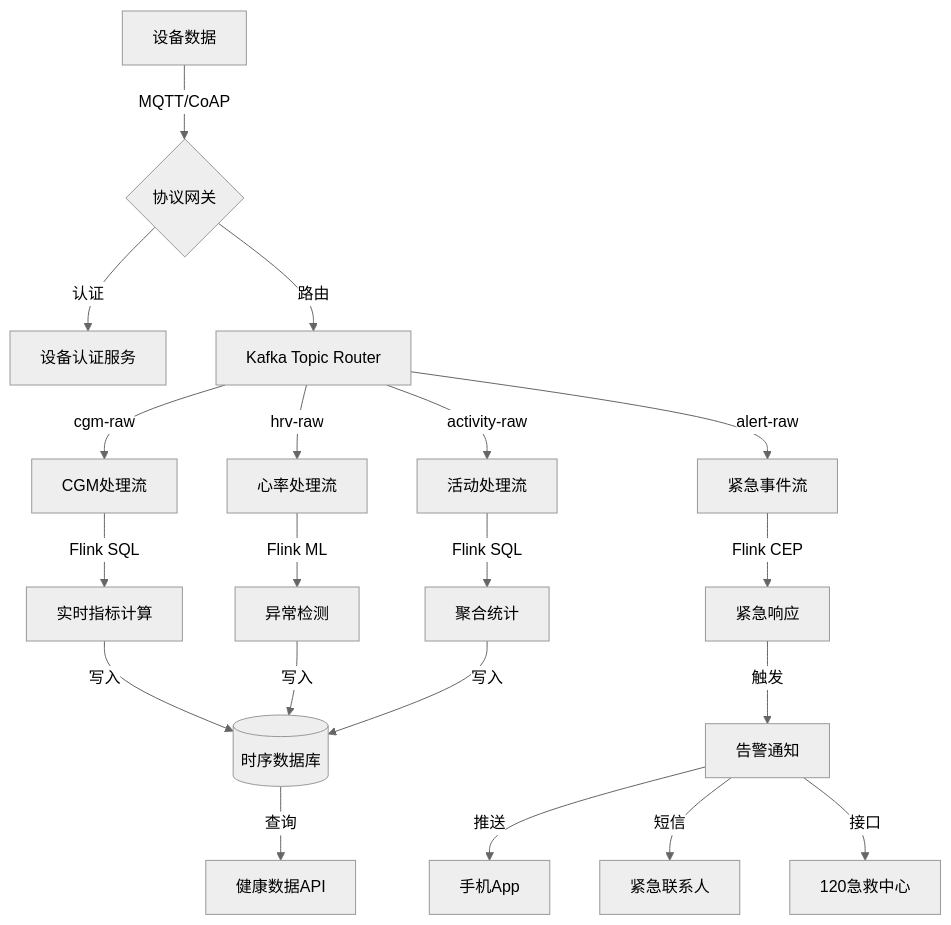
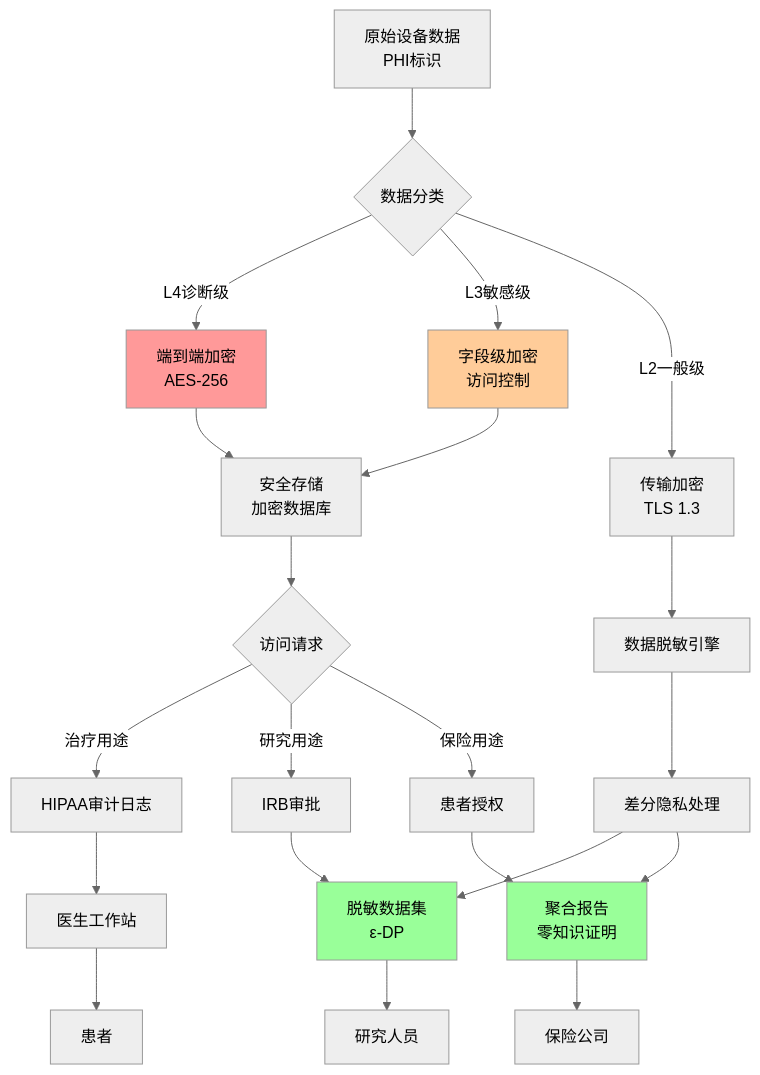
The fourth of 6 diagrams in Flink-IoT-Authority-Alignment/Phase-8-Wearables/case-wearables-health-complete.md (AdaMartin18010/AnalysisDataFlow), drawn with Mermaid (neutral theme) before and after one commit. The commit also changed other lines of this file and 8 other files, not shown here.

````diff
--- a/Flink-IoT-Authority-Alignment/Phase-8-Wearables/case-wearables-health-complete.md
+++ b/Flink-IoT-Authority-Alignment/Phase-8-Wearables/case-wearables-health-complete.md
@@ -195,26 +2851,34 @@
 ```mermaid
 flowchart TD
-    A[设备数据] -->|MQTT/CoAP| B{协议网关}
-    B -->|认证| C[设备认证服务]
-    B -->|路由| D[Kafka Topic Router]
-
-    D -->|cgm-raw| E[CGM处理流]
-    D -->|hrv-raw| F[心率处理流]
-    D -->|activity-raw| G[活动处理流]
-    D -->|alert-raw| H[紧急事件流]
-
-    E -->|Flink SQL| I[实时指标计算]
-    F -->|Flink ML| J[异常检测]
-    G -->|Flink SQL| K[聚合统计]
-    H -->|Flink CEP| L[紧急响应]
-
-    I -->|写入| M[(时序数据库)]
-    J -->|写入| M
-    K -->|写入| M
-    L -->|触发| N[告警通知]
-
-    M -->|查询| O[健康数据API]
-    N -->|推送| P[手机App]
-    N -->|短信| Q[紧急联系人]
-    N -->|接口| R[120急救中心]
+    A[原始设备数据<br/>PHI标识] --> B{数据分类}
+    B -->|L4诊断级| C[端到端加密<br/>AES-256]
+    B -->|L3敏感级| D[字段级加密<br/>访问控制]
+    B -->|L2一般级| E[传输加密<br/>TLS 1.3]
+    
+    C --> F[安全存储<br/>加密数据库]
+    D --> F
+    E --> G[数据脱敏引擎]
+    
+    F --> H{访问请求}
+    G --> I[差分隐私处理]
+    
+    H -->|治疗用途| J[HIPAA审计日志]
+    H -->|研究用途| K[IRB审批]
+    H -->|保险用途| L[患者授权]
+    
+    J --> M[医生工作站]
+    K --> N[脱敏数据集<br/>ε-DP]
+    L --> O[聚合报告<br/>零知识证明]
+    
+    I --> N
+    I --> O
+    
+    M --> P[患者]
+    N --> Q[研究人员]
+    O --> R[保险公司]
+    
+    style C fill:#ff9999
+    style D fill:#ffcc99
+    style N fill:#99ff99
+    style O fill:#99ff99
 ```
````
